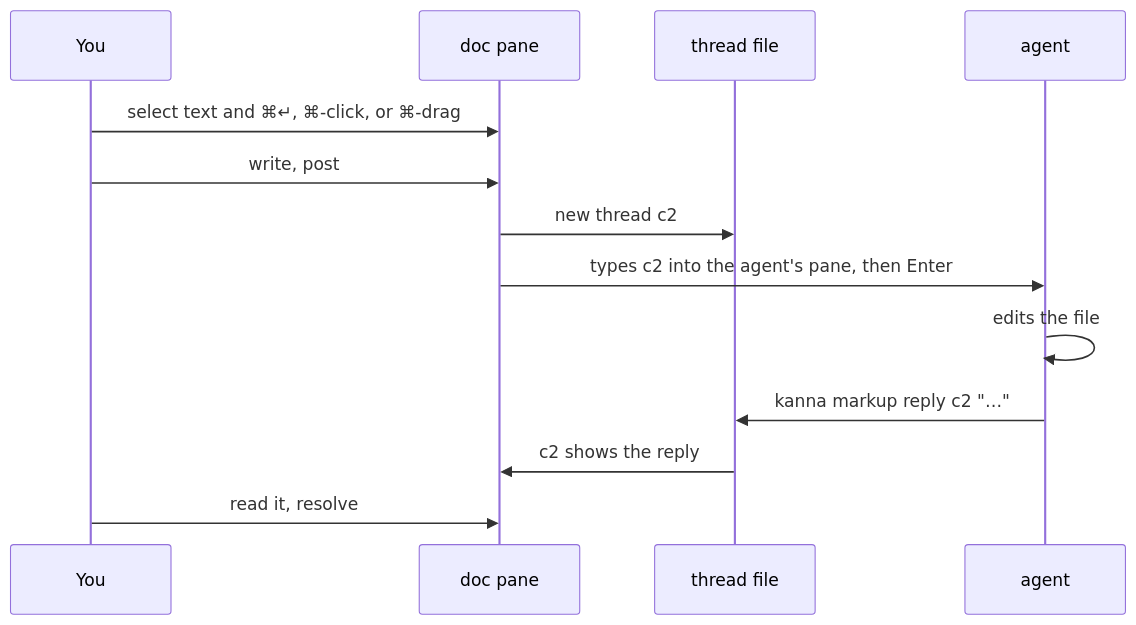
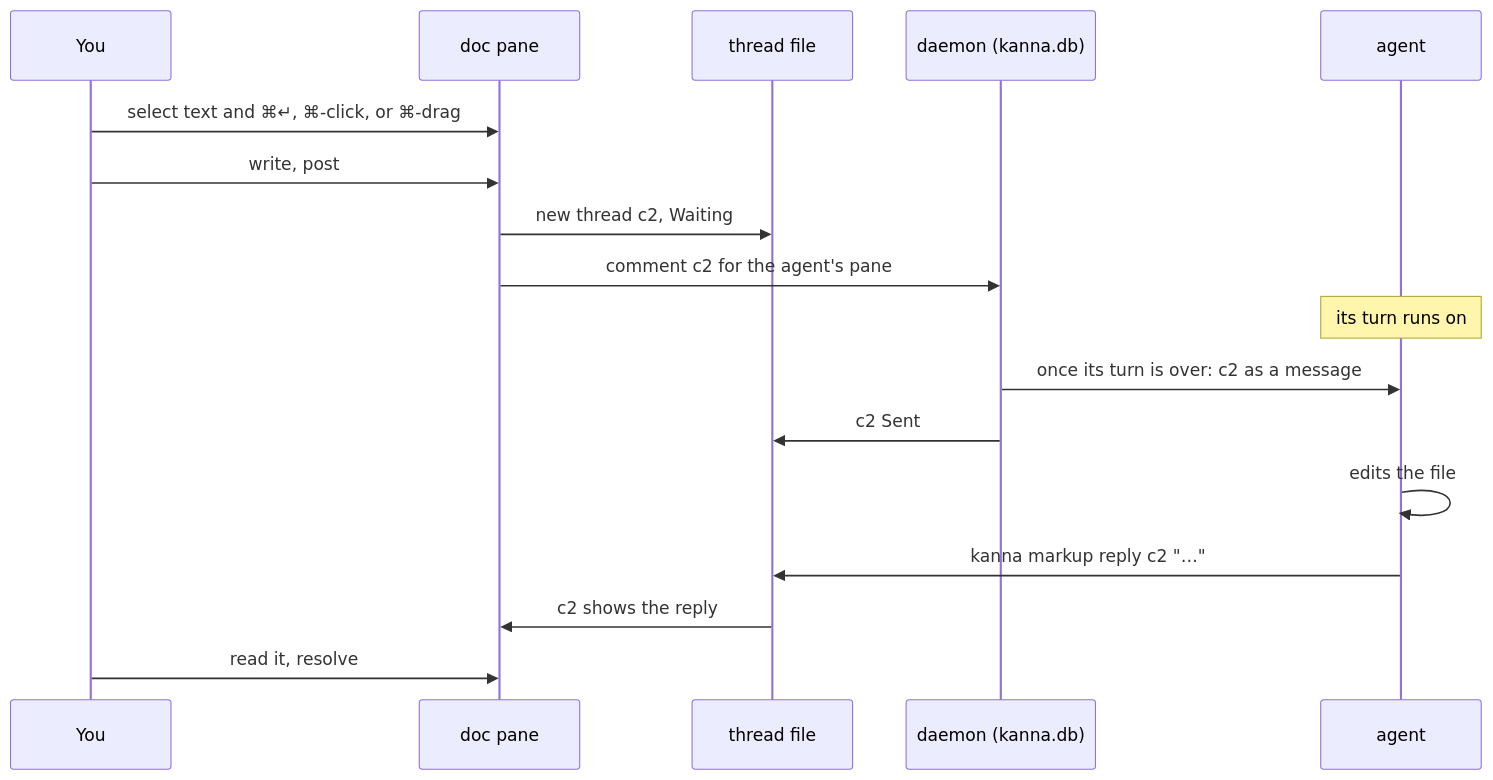
Before and after one commit to tampopogk/kanna: the first of 4 diagrams in docs/specs/doc-markup.md, drawn with Mermaid. The commit also changed other lines of this file and 21 other files, not shown here.

````diff
--- a/docs/specs/doc-markup.md
+++ b/docs/specs/doc-markup.md
@@ -21,15 +21,19 @@
 ```mermaid
 sequenceDiagram
     participant You
     participant Doc as doc pane
     participant F as thread file
+    participant D as daemon (kanna.db)
     participant A as agent
     You->>Doc: select text and ⌘↵, ⌘-click, or ⌘-drag
     You->>Doc: write, post
-    Doc->>F: new thread c2
-    Doc->>A: types c2 into the agent's pane, then Enter
+    Doc->>F: new thread c2, Waiting
+    Doc->>D: comment c2 for the agent's pane
+    Note over A: its turn runs on
+    D->>A: once its turn is over: c2 as a message
+    D->>F: c2 Sent
     A->>A: edits the file
     A->>F: kanna markup reply c2 "…"
     F->>Doc: c2 shows the reply
     You->>Doc: read it, resolve
 ```
````
